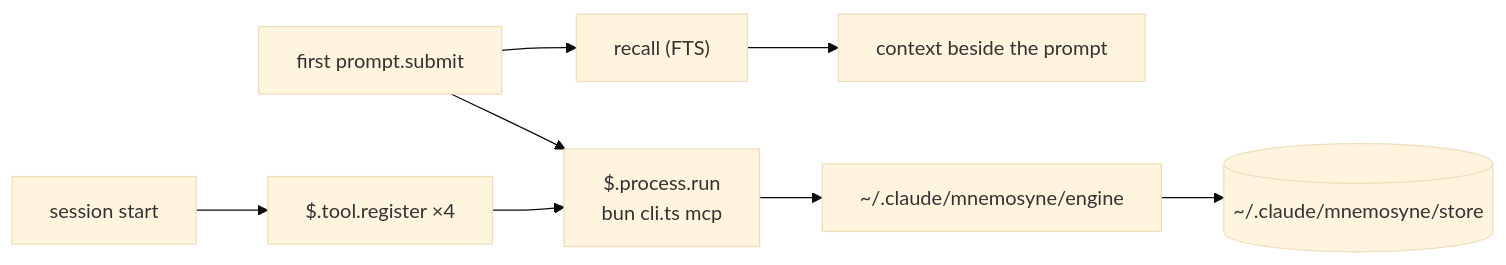
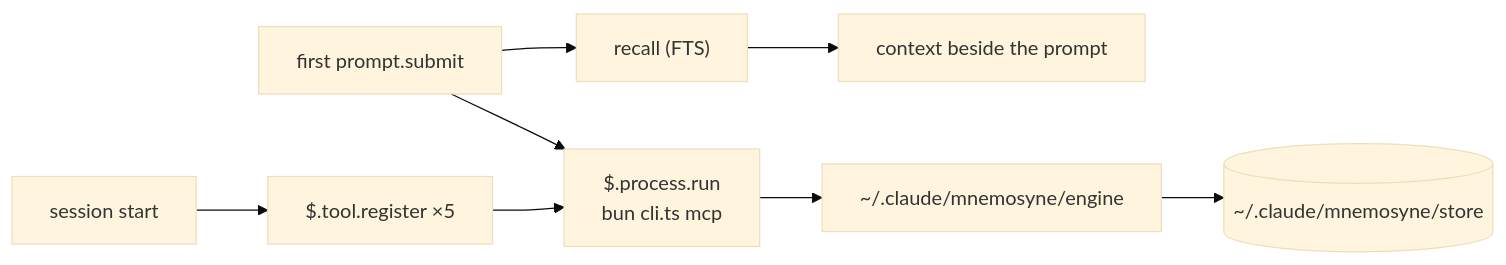
The diagram in DESIGN.md (Interstellar-code/claude-mnemosyne), drawn with Mermaid (base theme) before and after one commit. The commit also changed other lines of this file and 162 other files, not shown here.

````diff
--- a/DESIGN.md
+++ b/DESIGN.md
@@ -129,10 +129,10 @@
 ```mermaid
 flowchart LR
-  SS["session start"] --> T["$.tool.register ×4"]
+  SS["session start"] --> T["$.tool.register ×5"]
   PS["first prompt.submit"] --> R["recall (FTS)"]
   R --> B["context beside the prompt"]
   T --> P["$.process.run<br/>bun cli.ts mcp"]
   PS --> P
   P --> E["~/.claude/mnemosyne/engine"]
   E --> DB[("~/.claude/mnemosyne/store")]
 ```
````
